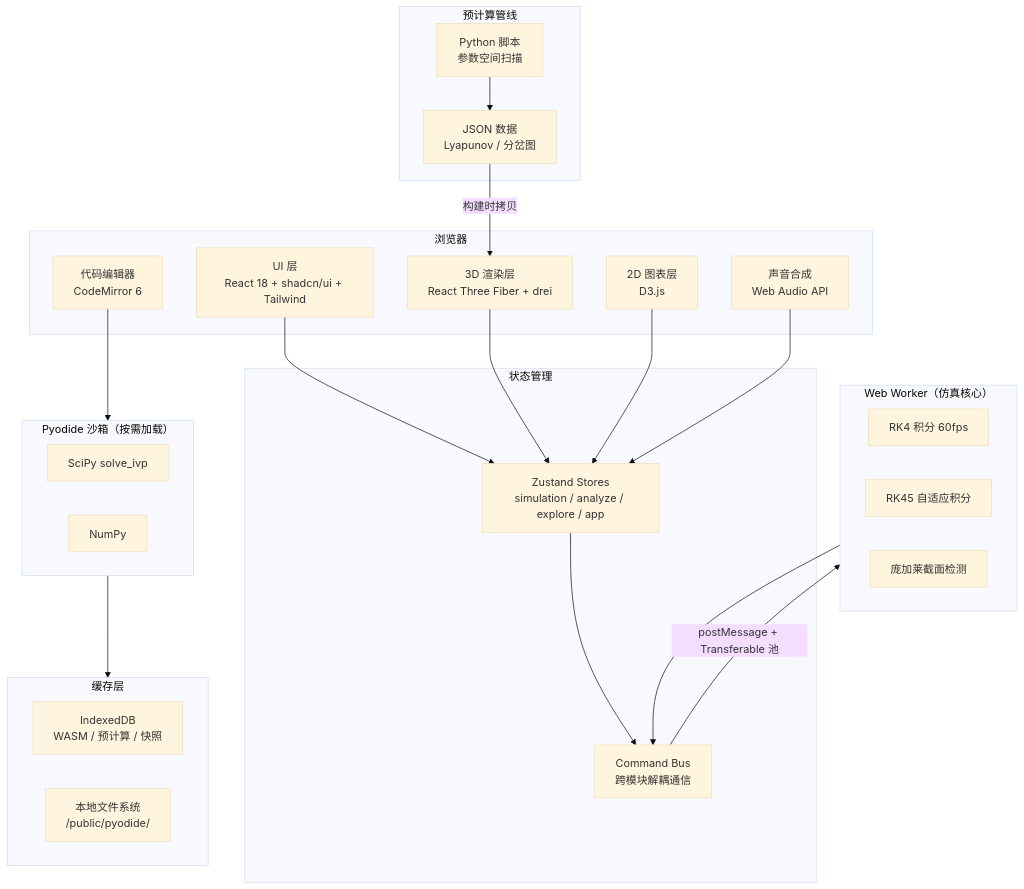
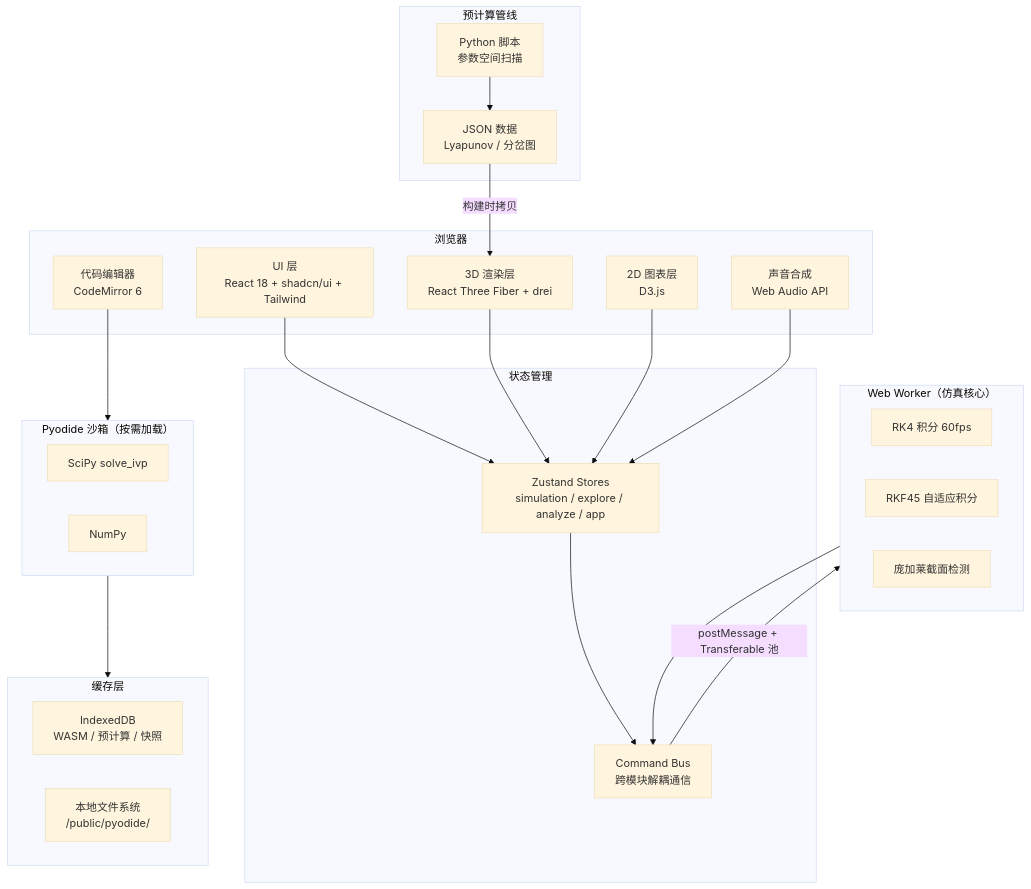
One commit to FengZhiHen1/Chaos-Pendulum changed the diagram in README.md. Above: the diagram before and after it, drawn with Mermaid (base theme). The commit also changed other lines of this file and 14 other files, not shown here.

````diff
--- a/README.md
+++ b/README.md
@@ -150,50 +114,50 @@
 ```mermaid
 graph TB
     subgraph Client["浏览器"]
         UI["UI 层<br/>React 18 + shadcn/ui + Tailwind"]
         R3F["3D 渲染层<br/>React Three Fiber + drei"]
         D3["2D 图表层<br/>D3.js"]
         Audio["声音合成<br/>Web Audio API"]
         CM6["代码编辑器<br/>CodeMirror 6"]
     end
 
     subgraph State["状态管理"]
-        Store["Zustand Stores<br/>simulation / analyze / explore / app"]
+        Store["Zustand Stores<br/>simulation / explore / analyze / app"]
         CmdBus["Command Bus<br/>跨模块解耦通信"]
     end
 
     subgraph Worker["Web Worker（仿真核心）"]
         RK4["RK4 积分 60fps"]
-        RK45["RK45 自适应积分"]
+        RK45["RKF45 自适应积分"]
         Poincare["庞加莱截面检测"]
     end
 
     subgraph Pyodide["Pyodide 沙箱（按需加载）"]
         SciPy["SciPy solve_ivp"]
         NumPy["NumPy"]
     end
 
     subgraph Cache["缓存层"]
         IDB["IndexedDB<br/>WASM / 预计算 / 快照"]
         LocalFS["本地文件系统<br/>/public/pyodide/"]
     end
 
     subgraph Precompute["预计算管线"]
         PyScripts["Python 脚本<br/>参数空间扫描"]
         JSON["JSON 数据<br/>Lyapunov / 分岔图"]
     end
 
     UI --> Store
     R3F --> Store
     D3 --> Store
     Audio --> Store
     CM6 --> Pyodide
 
     Store --> CmdBus
     CmdBus -- "postMessage + Transferable 池" --> Worker
     Worker --> CmdBus
 
     Pyodide --> Cache
     PyScripts --> JSON
     JSON -- "构建时拷贝" --> R3F
 ```
````
